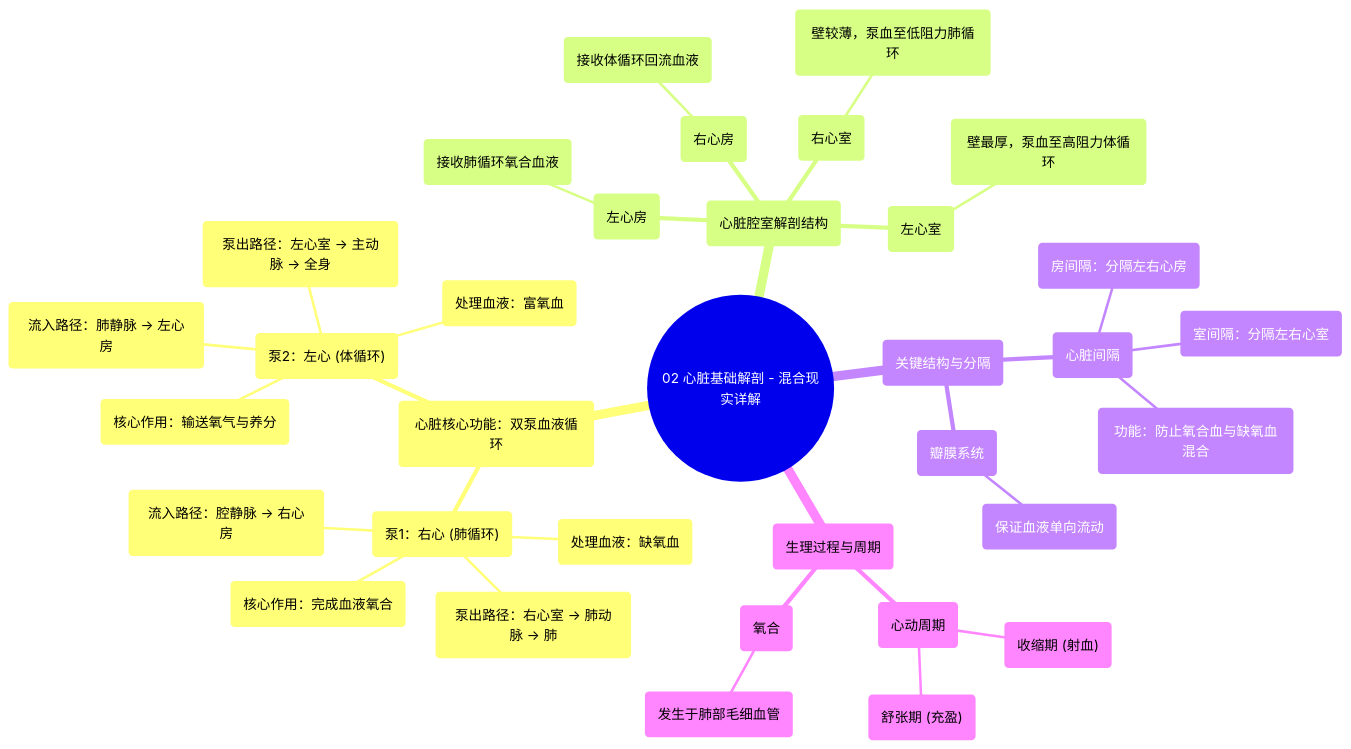
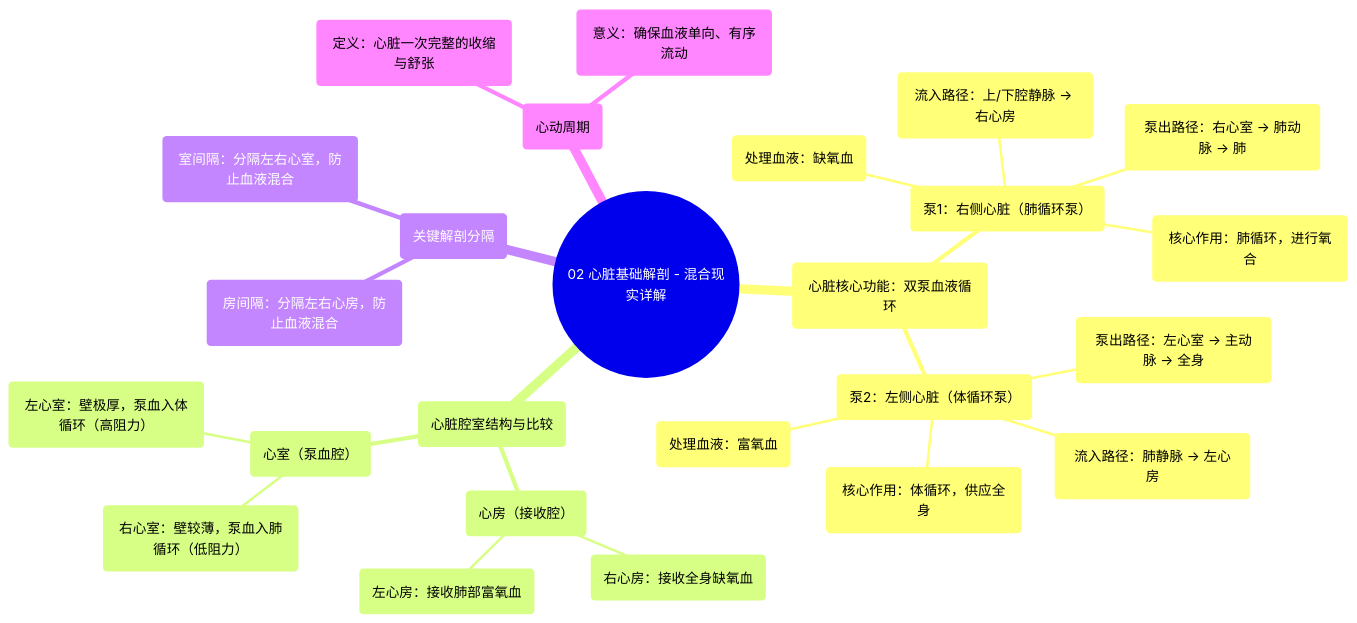
Before and after one commit to hello-47777/xinxueguan: the diagram in docs/专辑 01：心脏解剖学实景课 (Heart Anatomy - Course)/02 Heart Basic Anatomy - Explained in Mixed Reality.md, drawn with Mermaid. The commit also changed other lines of this file and 414 other files, not shown here.

````diff
--- a/docs/专辑 01：心脏解剖学实景课 (Heart Anatomy - Course)/02 Heart Basic Anatomy - Explained in Mixed Reality.md
+++ b/docs/专辑 01：心脏解剖学实景课 (Heart Anatomy - Course)/02 Heart Basic Anatomy - Explained in Mixed Reality.md
@@ -55,37 +48,28 @@
 ```mermaid
 mindmap
   root(("02 心脏基础解剖 - 混合现实详解"))
     ("心脏核心功能：双泵血液循环")
-      ("泵1：右心 (肺循环)")
+      ("泵1：右侧心脏（肺循环泵）")
         ("处理血液：缺氧血")
-        ("流入路径：腔静脉 → 右心房")
+        ("流入路径：上/下腔静脉 → 右心房")
         ("泵出路径：右心室 → 肺动脉 → 肺")
-        ("核心作用：完成血液氧合")
-      ("泵2：左心 (体循环)")
+        ("核心作用：肺循环，进行氧合")
+      ("泵2：左侧心脏（体循环泵）")
         ("处理血液：富氧血")
         ("流入路径：肺静脉 → 左心房")
         ("泵出路径：左心室 → 主动脉 → 全身")
-        ("核心作用：输送氧气与养分")
-    ("心脏腔室解剖结构")
-      ("右心房")
-        ("接收体循环回流血液")
-      ("右心室")
-        ("壁较薄，泵血至低阻力肺循环")
-      ("左心房")
-        ("接收肺循环氧合血液")
-      ("左心室")
-        ("壁最厚，泵血至高阻力体循环")
-    ("关键结构与分隔")
-      ("心脏间隔")
-        ("房间隔：分隔左右心房")
-        ("室间隔：分隔左右心室")
-        ("功能：防止氧合血与缺氧血混合")
-      ("瓣膜系统")
-        ("保证血液单向流动")
-    ("生理过程与周期")
-      ("心动周期")
-        ("收缩期 (射血)")
-        ("舒张期 (充盈)")
-      ("氧合")
-        ("发生于肺部毛细血管")
+        ("核心作用：体循环，供应全身")
+    ("心脏腔室结构与比较")
+      ("心房（接收腔）")
+        ("右心房：接收全身缺氧血")
+        ("左心房：接收肺部富氧血")
+      ("心室（泵血腔）")
+        ("右心室：壁较薄，泵血入肺循环（低阻力）")
+        ("左心室：壁极厚，泵血入体循环（高阻力）")
+    ("关键解剖分隔")
+      ("房间隔：分隔左右心房，防止血液混合")
+      ("室间隔：分隔左右心室，防止血液混合")
+    ("心动周期")
+      ("定义：心脏一次完整的收缩与舒张")
+      ("意义：确保血液单向、有序流动")
 ```
````
